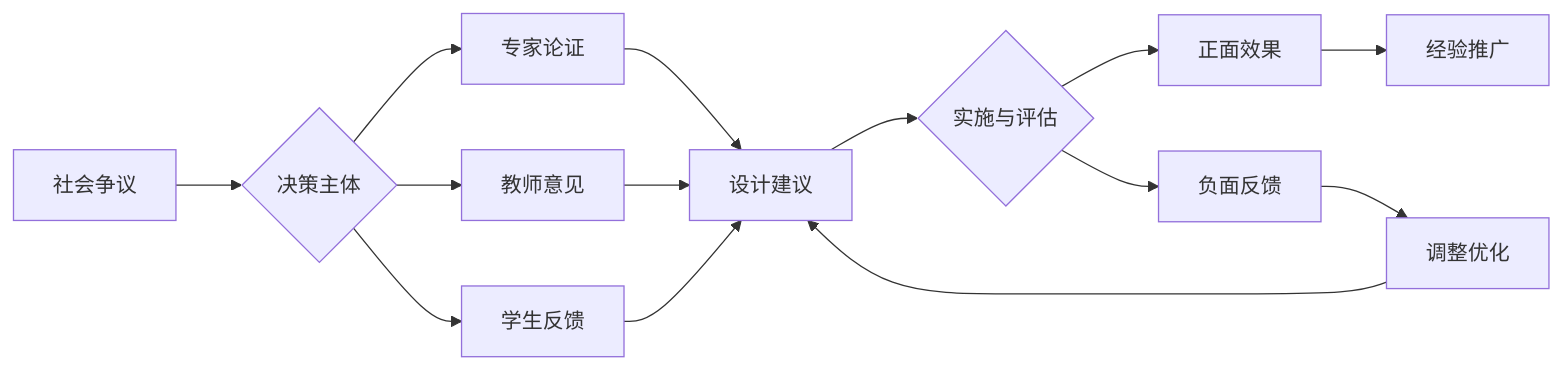
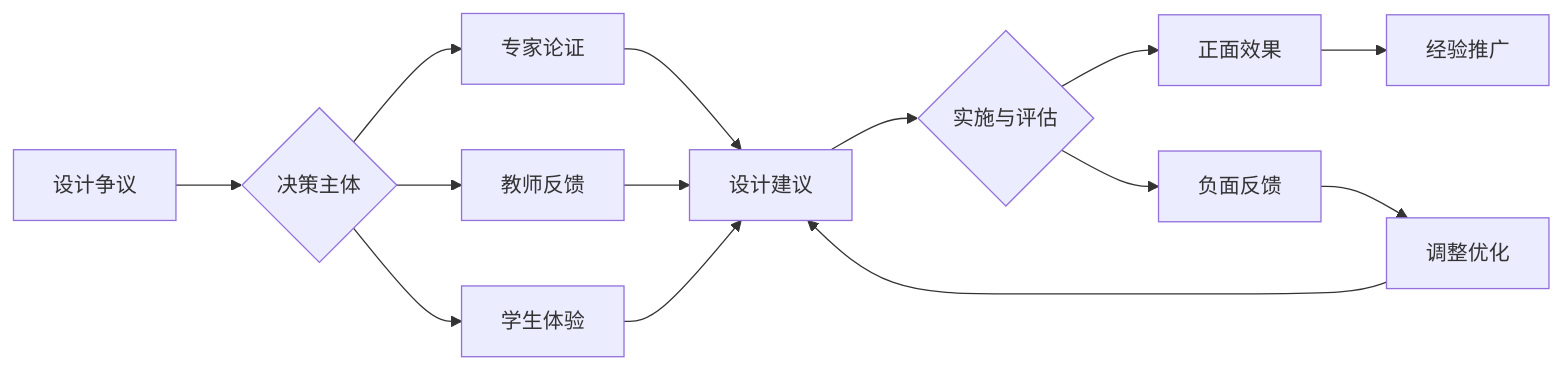
The second of 2 diagrams in 03-应用实践领域/01-跨学科项目设计/01-跨学科项目设计原则与模板.md (AdaMartin18010/SeniorEnducation), drawn with Mermaid before and after one commit. The commit also changed other lines of this file and 18 other files, not shown here.

````diff
--- a/03-应用实践领域/01-跨学科项目设计/01-跨学科项目设计原则与模板.md
+++ b/03-应用实践领域/01-跨学科项目设计/01-跨学科项目设计原则与模板.md
@@ -199,16 +200,16 @@
 ```mermaid
 graph LR
-    A[社会争议] --> B{决策主体}
+    A[设计争议] --> B{决策主体}
     B --> C[专家论证]
-    B --> D[教师意见]
-    B --> E[学生反馈]
+    B --> D[教师反馈]
+    B --> E[学生体验]
     C --> F[设计建议]
     D --> F
     E --> F
     F --> G{实施与评估}
     G --> H[正面效果]
     G --> I[负面反馈]
     I --> J[调整优化]
     H --> K[经验推广]
     J --> F
 ```
````
